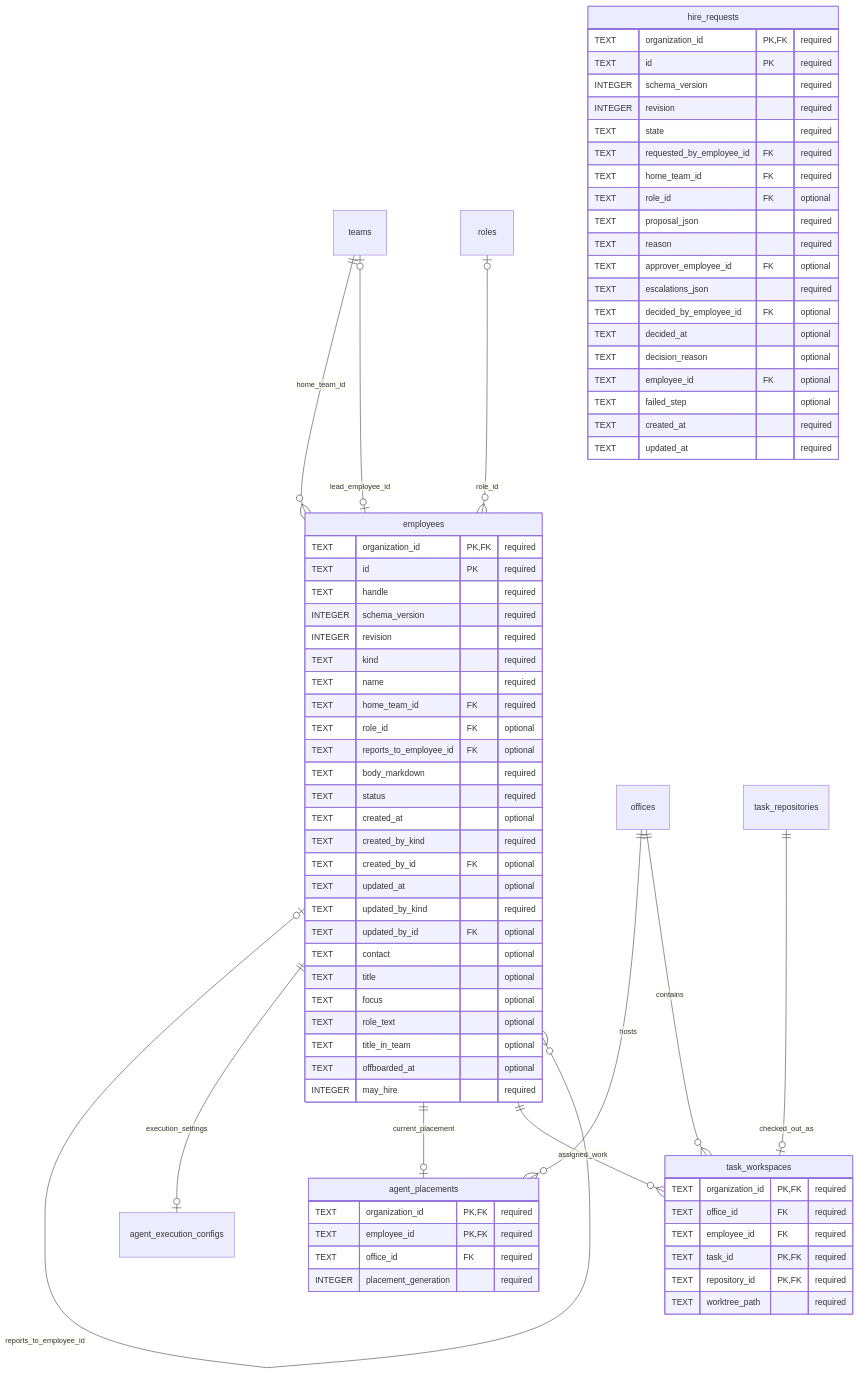
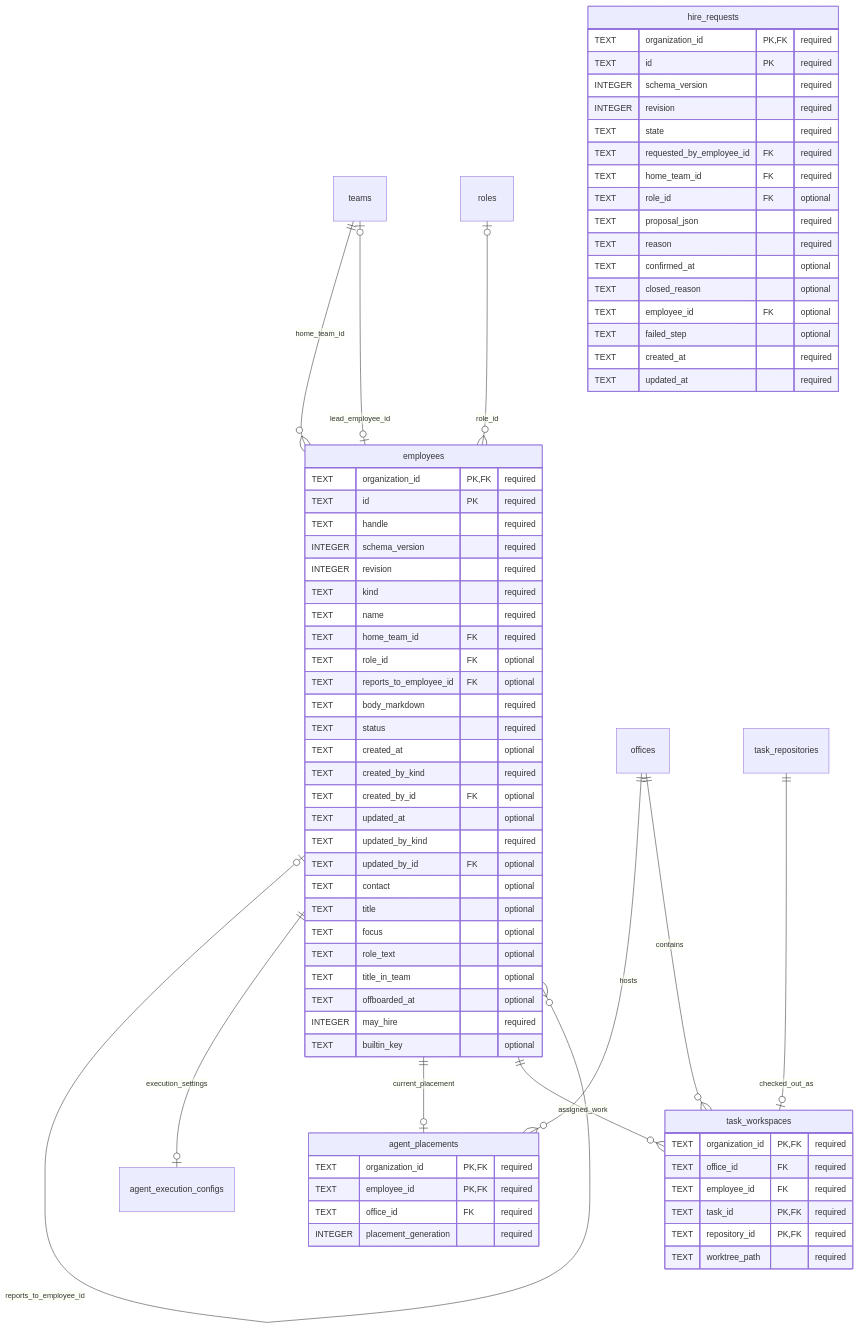
The diagram in docs/design/organization-data/04-agent-structure.md (vgmello/agentic-org), drawn with Mermaid before and after one commit. The commit also changed other lines of this file and 43 other files, not shown here.

First line of the commit message:
docs: hiring without approval and private notes across the specs; schema corrections from the review (data contract 2.20)

````diff
--- a/docs/design/organization-data/04-agent-structure.md
+++ b/docs/design/organization-data/04-agent-structure.md
@@ -7,75 +7,73 @@
 ```mermaid
 erDiagram
     teams ||--o{ employees : home_team_id
     teams o|--o| employees : lead_employee_id
     roles o|--o{ employees : role_id
     employees o|--o{ employees : reports_to_employee_id
     employees ||--o| agent_execution_configs : execution_settings
     employees ||--o| agent_placements : current_placement
     offices ||--o{ agent_placements : hosts
     employees ||--o{ task_workspaces : assigned_work
     offices ||--o{ task_workspaces : contains
     task_repositories ||--o| task_workspaces : checked_out_as
     employees {
         TEXT organization_id PK, FK "required"
         TEXT id PK "required"
         TEXT handle "required"
         INTEGER schema_version "required"
         INTEGER revision "required"
         TEXT kind "required"
         TEXT name "required"
         TEXT home_team_id FK "required"
         TEXT role_id FK "optional"
         TEXT reports_to_employee_id FK "optional"
         TEXT body_markdown "required"
         TEXT status "required"
         TEXT created_at "optional"
         TEXT created_by_kind "required"
         TEXT created_by_id FK "optional"
         TEXT updated_at "optional"
         TEXT updated_by_kind "required"
         TEXT updated_by_id FK "optional"
         TEXT contact "optional"
         TEXT title "optional"
         TEXT focus "optional"
         TEXT role_text "optional"
         TEXT title_in_team "optional"
         TEXT offboarded_at "optional"
         INTEGER may_hire "required"
+        TEXT builtin_key "optional"
     }
     agent_placements {
         TEXT organization_id PK, FK "required"
         TEXT employee_id PK, FK "required"
         TEXT office_id FK "required"
         INTEGER placement_generation "required"
     }
     hire_requests {
         TEXT organization_id PK, FK "required"
         TEXT id PK "required"
         INTEGER schema_version "required"
         INTEGER revision "required"
         TEXT state "required"
         TEXT requested_by_employee_id FK "required"
         TEXT home_team_id FK "required"
         TEXT role_id FK "optional"
         TEXT proposal_json "required"
         TEXT reason "required"
-        TEXT approver_employee_id FK "optional"
-        TEXT escalations_json "required"
-        TEXT decided_by_employee_id FK "optional"
-        TEXT decided_at "optional"
-        TEXT decision_reason "optional"
+        TEXT confirmed_at "optional"
+        TEXT closed_reason "optional"
         TEXT employee_id FK "optional"
         TEXT failed_step "optional"
         TEXT created_at "required"
         TEXT updated_at "required"
     }
     task_workspaces {
         TEXT organization_id PK, FK "required"
         TEXT office_id FK "required"
         TEXT employee_id FK "required"
         TEXT task_id PK, FK "required"
         TEXT repository_id PK, FK "required"
         TEXT worktree_path "required"
     }
 ```
````
